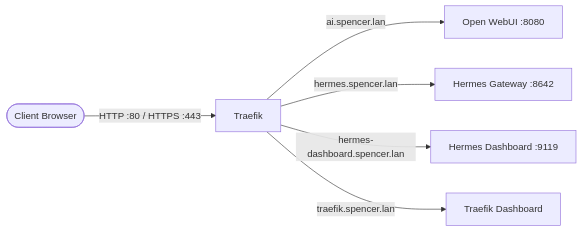
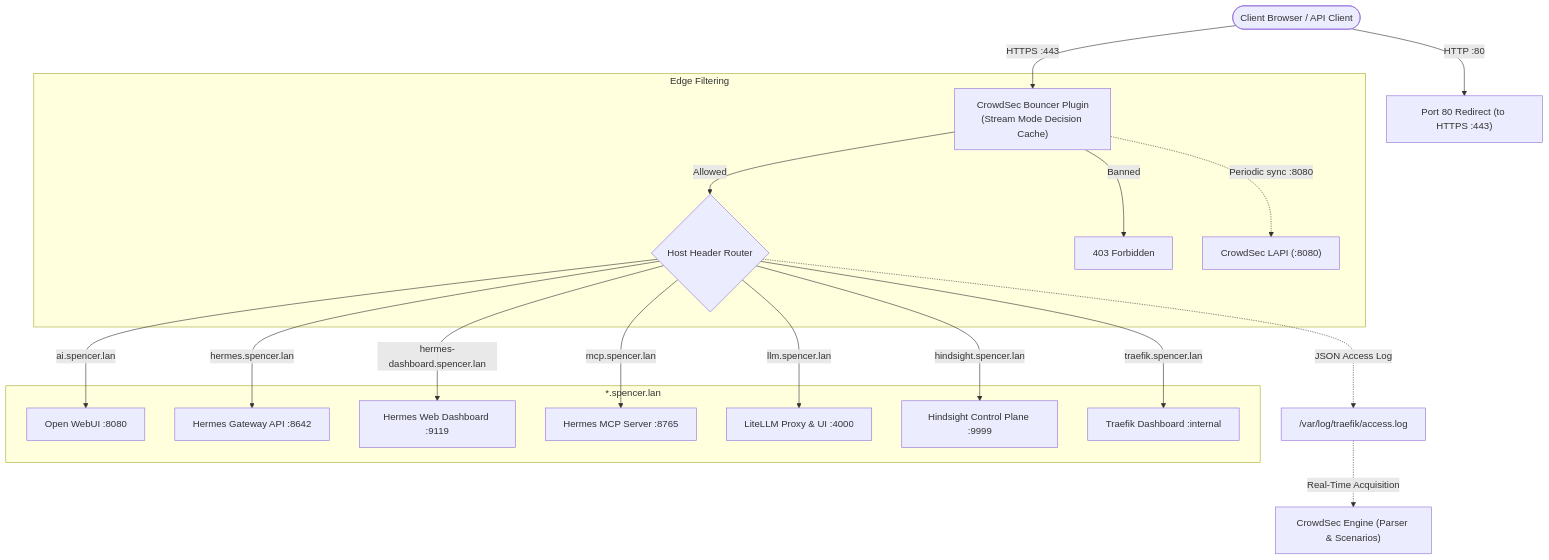
The diagram in docs/traefik.md (jamesbspencer/homelab), drawn with Mermaid before and after one commit. The commit also changed other lines of this file and 3 other files, not shown here.

First line of the commit message:
docs: update system architecture diagrams and service tables

````diff
--- a/docs/traefik.md
+++ b/docs/traefik.md
@@ -16,8 +18,24 @@
 ```mermaid
-graph LR
-    Client([Client Browser]) -->|HTTP :80 / HTTPS :443| Traefik
-    Traefik -->|ai.spencer.lan| OpenWebUI[Open WebUI :8080]
-    Traefik -->|hermes.spencer.lan| HermesGateway[Hermes Gateway :8642]
-    Traefik -->|hermes-dashboard.spencer.lan| HermesDash[Hermes Dashboard :9119]
-    Traefik -->|traefik.spencer.lan| TraefikDash[Traefik Dashboard]
+flowchart TD
+    Client([Client Browser / API Client]) -->|HTTP :80| Redirect["Port 80 Redirect (to HTTPS :443)"]
+    Client -->|HTTPS :443| Bouncer["CrowdSec Bouncer Plugin\n(Stream Mode Decision Cache)"]
+    
+    subgraph Edge Filtering
+        Bouncer -- "Allowed" --> Router{"Host Header Router"}
+        Bouncer -- "Banned" --> Blocked["403 Forbidden"]
+        Bouncer -.->|Periodic sync :8080| LAPI["CrowdSec LAPI (:8080)"]
+    end
+
+    subgraph Service Routing [*.spencer.lan]
+        Router -->|ai.spencer.lan| OpenWebUI[Open WebUI :8080]
+        Router -->|hermes.spencer.lan| HermesGateway[Hermes Gateway API :8642]
+        Router -->|hermes-dashboard.spencer.lan| HermesDash[Hermes Web Dashboard :9119]
+        Router -->|mcp.spencer.lan| HermesMCP[Hermes MCP Server :8765]
+        Router -->|llm.spencer.lan| LiteLLM[LiteLLM Proxy & UI :4000]
+        Router -->|hindsight.spencer.lan| HindsightUI[Hindsight Control Plane :9999]
+        Router -->|traefik.spencer.lan| TraefikDash[Traefik Dashboard :internal]
+    end
+
+    Router -.->|JSON Access Log| AccessLog["/var/log/traefik/access.log"]
+    AccessLog -.->|Real-Time Acquisition| CrowdSecEngine["CrowdSec Engine (Parser & Scenarios)"]
 ```
````
